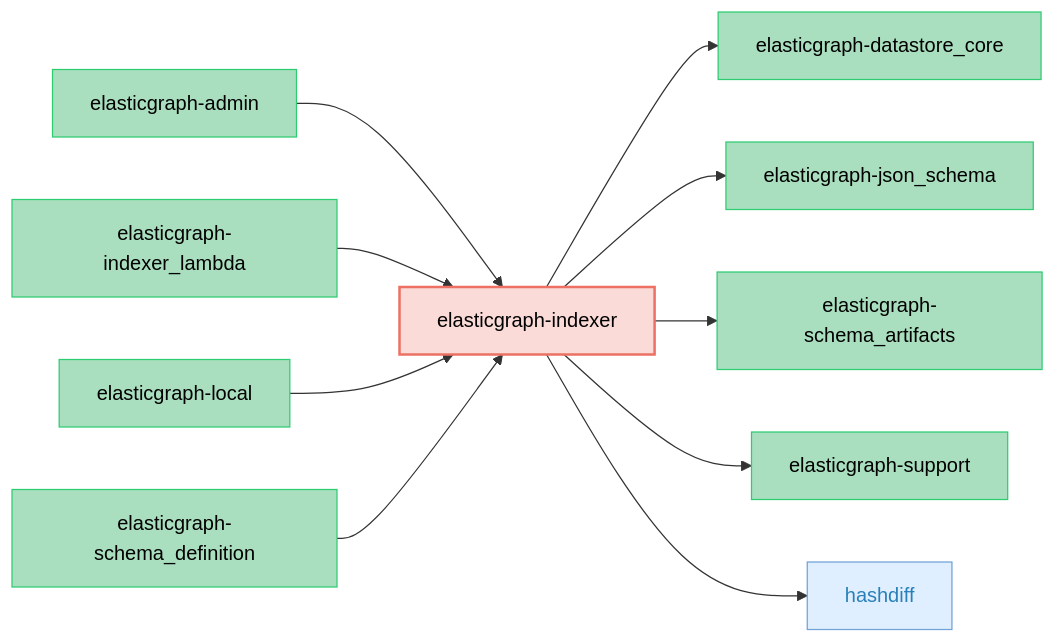
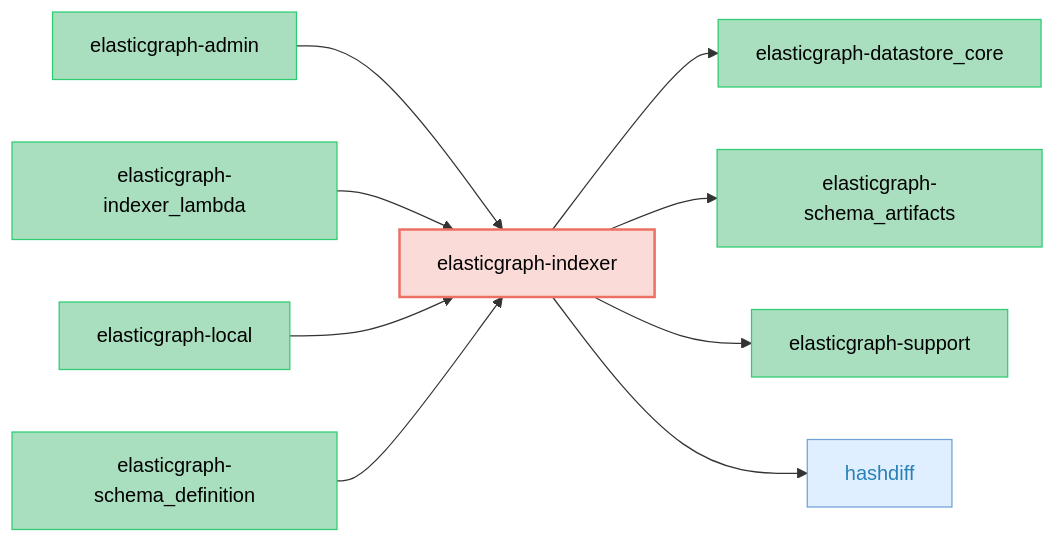
Before and after one commit to ciaran51/elasticgraph: the diagram in elasticgraph-indexer/README.md, drawn with Mermaid. The commit also changed 43 other files, not shown here.

First line of the commit message:
Merge `elasticgraph-json_schema` into `elasticgraph-support`.

````diff
--- a/elasticgraph-indexer/README.md
+++ b/elasticgraph-indexer/README.md
@@ -7,36 +7,33 @@
 ```mermaid
 graph LR;
     classDef targetGemStyle fill:#FADBD8,stroke:#EC7063,color:#000,stroke-width:2px;
     classDef otherEgGemStyle fill:#A9DFBF,stroke:#2ECC71,color:#000;
     classDef externalGemStyle fill:#E0EFFF,stroke:#70A1D7,color:#2980B9;
     elasticgraph-indexer["elasticgraph-indexer"];
     class elasticgraph-indexer targetGemStyle;
     elasticgraph-datastore_core["elasticgraph-datastore_core"];
     elasticgraph-indexer --> elasticgraph-datastore_core;
     class elasticgraph-datastore_core otherEgGemStyle;
-    elasticgraph-json_schema["elasticgraph-json_schema"];
-    elasticgraph-indexer --> elasticgraph-json_schema;
-    class elasticgraph-json_schema otherEgGemStyle;
     elasticgraph-schema_artifacts["elasticgraph-schema_artifacts"];
     elasticgraph-indexer --> elasticgraph-schema_artifacts;
     class elasticgraph-schema_artifacts otherEgGemStyle;
     elasticgraph-support["elasticgraph-support"];
     elasticgraph-indexer --> elasticgraph-support;
     class elasticgraph-support otherEgGemStyle;
     hashdiff["hashdiff"];
     elasticgraph-indexer --> hashdiff;
     class hashdiff externalGemStyle;
     elasticgraph-admin["elasticgraph-admin"];
     elasticgraph-admin --> elasticgraph-indexer;
     class elasticgraph-admin otherEgGemStyle;
     elasticgraph-indexer_lambda["elasticgraph-indexer_lambda"];
     elasticgraph-indexer_lambda --> elasticgraph-indexer;
     class elasticgraph-indexer_lambda otherEgGemStyle;
     elasticgraph-local["elasticgraph-local"];
     elasticgraph-local --> elasticgraph-indexer;
     class elasticgraph-local otherEgGemStyle;
     elasticgraph-schema_definition["elasticgraph-schema_definition"];
     elasticgraph-schema_definition --> elasticgraph-indexer;
     class elasticgraph-schema_definition otherEgGemStyle;
     click hashdiff href "https://rubygems.org/gems/hashdiff" "Open on RubyGems.org" _blank;
 ```
````
